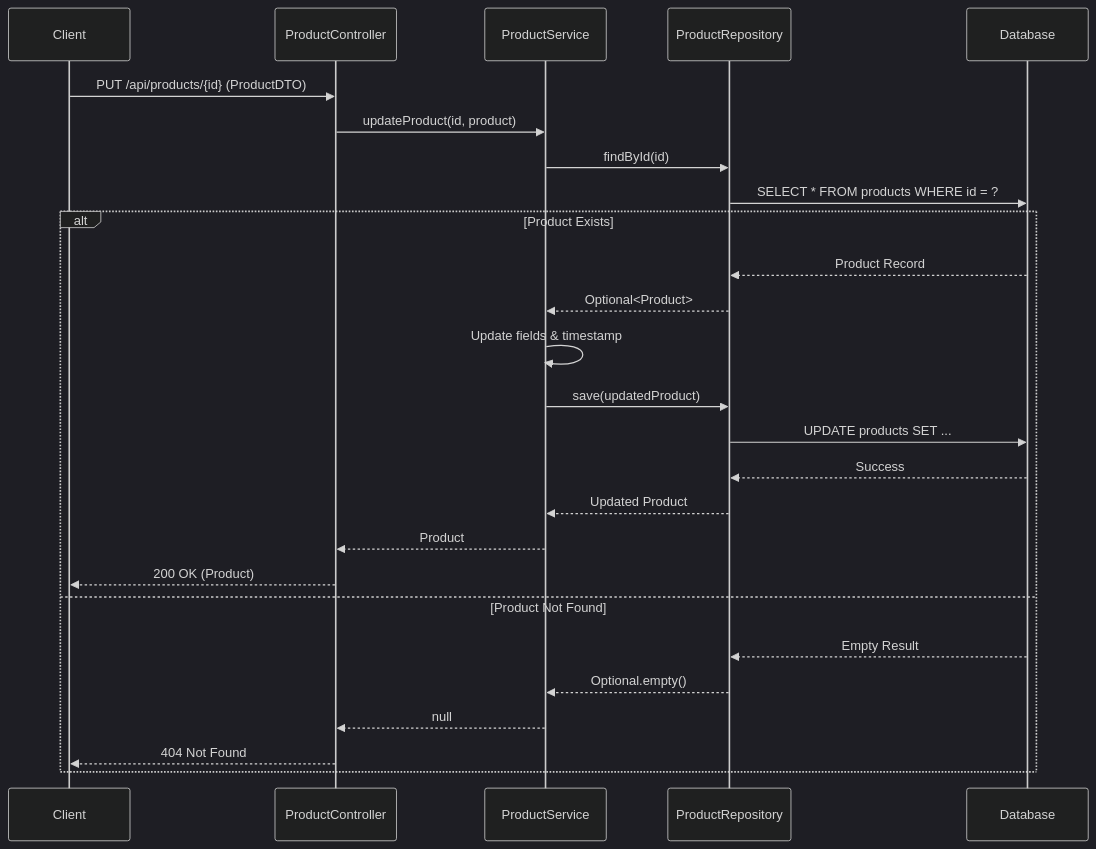
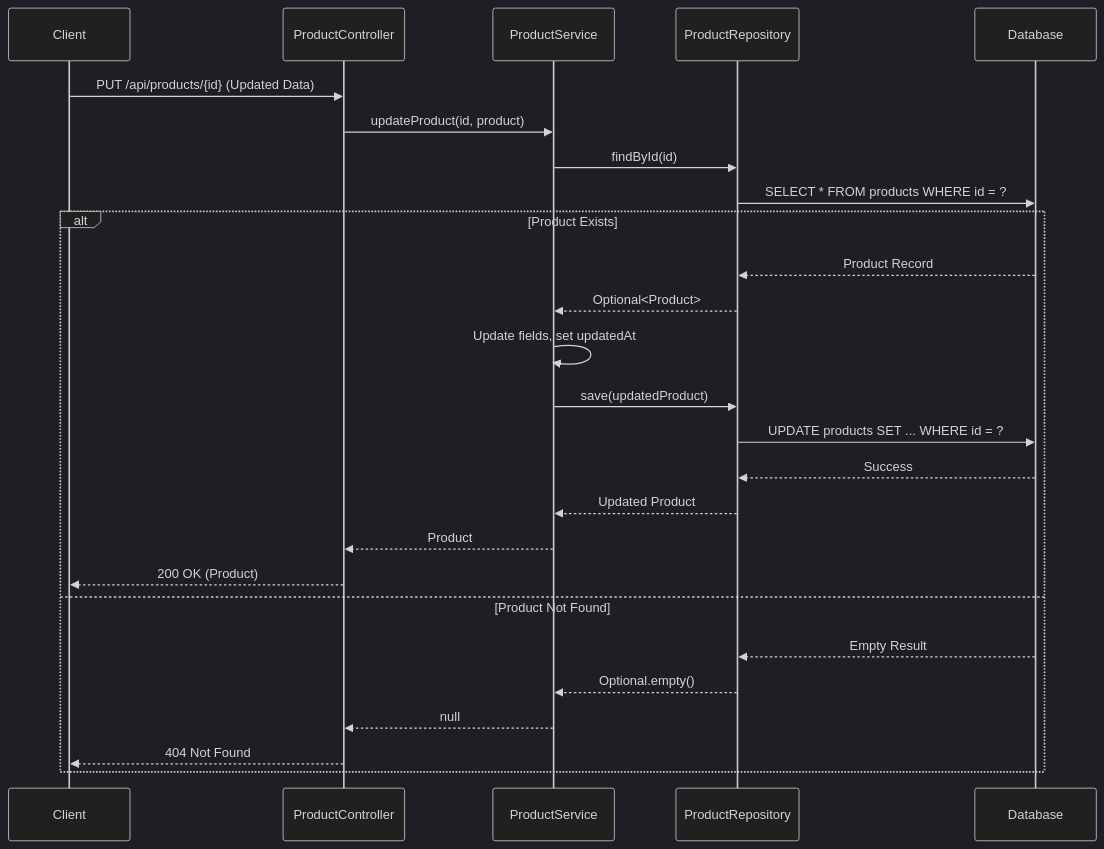
Before and after one commit to NavneetBN47/aava-ecom-demo: the sixth of 13 diagrams in docs/LLD/modified_lld.md, drawn with Mermaid (dark theme). The commit also changed other lines of this file, not shown here.

````diff
--- a/docs/LLD/modified_lld.md
+++ b/docs/LLD/modified_lld.md
@@ -267,30 +237,30 @@
 ```mermaid
 sequenceDiagram
     participant Client
     participant ProductController
     participant ProductService
     participant ProductRepository
     participant Database
 
-    Client->>ProductController: PUT /api/products/{id} (ProductDTO)
+    Client->>ProductController: PUT /api/products/{id} (Updated Data)
     ProductController->>ProductService: updateProduct(id, product)
     ProductService->>ProductRepository: findById(id)
     ProductRepository->>Database: SELECT * FROM products WHERE id = ?
     
     alt Product Exists
         Database-->>ProductRepository: Product Record
         ProductRepository-->>ProductService: Optional<Product>
-        ProductService->>ProductService: Update fields & timestamp
+        ProductService->>ProductService: Update fields, set updatedAt
         ProductService->>ProductRepository: save(updatedProduct)
-        ProductRepository->>Database: UPDATE products SET ...
+        ProductRepository->>Database: UPDATE products SET ... WHERE id = ?
         Database-->>ProductRepository: Success
         ProductRepository-->>ProductService: Updated Product
         ProductService-->>ProductController: Product
         ProductController-->>Client: 200 OK (Product)
     else Product Not Found
         Database-->>ProductRepository: Empty Result
         ProductRepository-->>ProductService: Optional.empty()
         ProductService-->>ProductController: null
         ProductController-->>Client: 404 Not Found
     end
 ```
````
